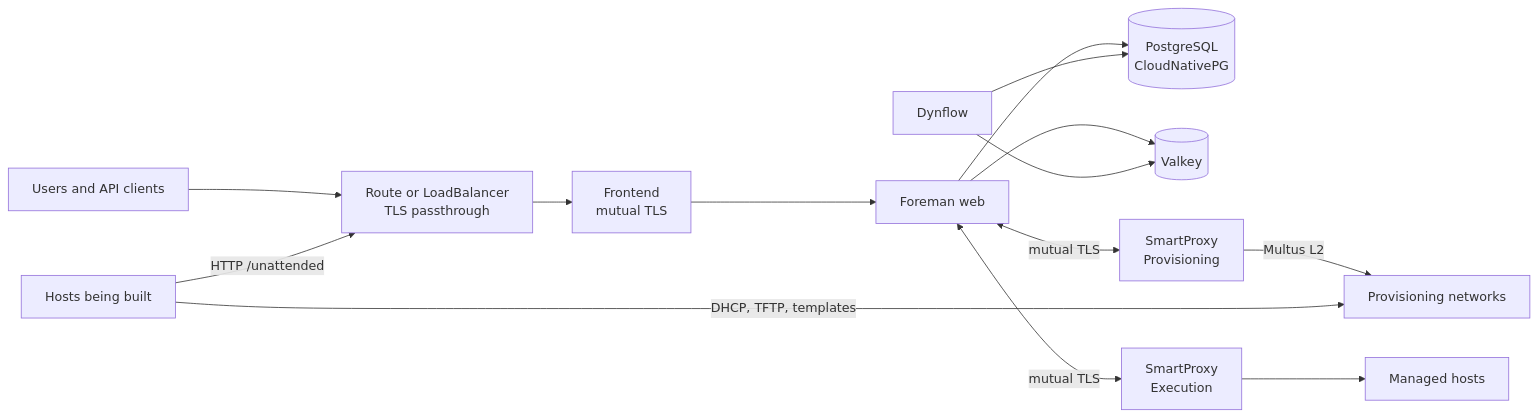
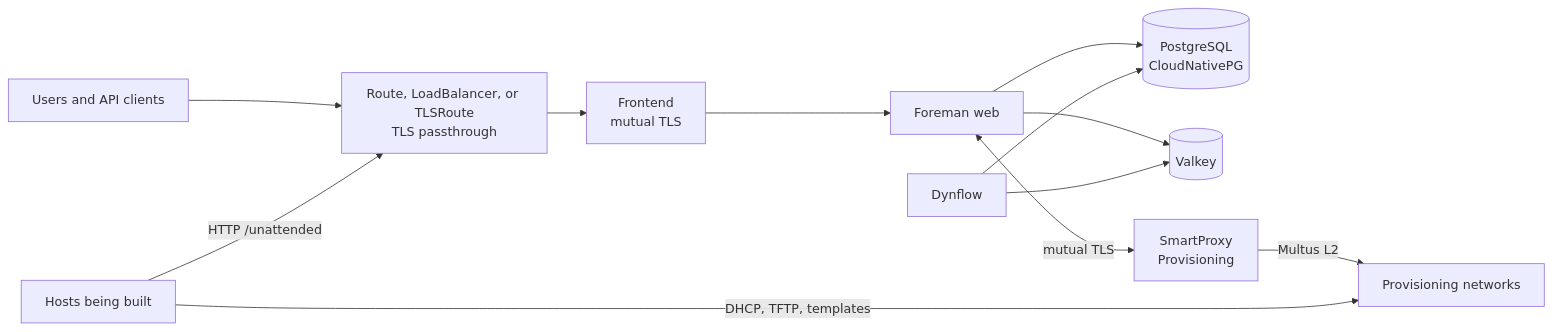
The diagram in README.md (slauger/foreman-operator), drawn with Mermaid before and after one commit. The commit also changed other lines of this file and 89 other files, not shown here.

First line of the commit message:
feat: MVP with operator, controllers, images, and Helm chart (#5)

````diff
--- a/README.md
+++ b/README.md
@@ -42,18 +45,16 @@
 ```mermaid
 flowchart LR
-    Users["Users and API clients"] --> Edge["Route or LoadBalancer<br/>TLS passthrough"]
+    Users["Users and API clients"] --> Edge["Route, LoadBalancer, or TLSRoute<br/>TLS passthrough"]
     Build["Hosts being built"] -->|"HTTP /unattended"| Edge
     Edge --> Frontend["Frontend<br/>mutual TLS"]
     Frontend --> Web["Foreman web"]
 
     Web --> PG[("PostgreSQL<br/>CloudNativePG")]
     Web --> Valkey[("Valkey")]
     Dynflow["Dynflow"] --> PG
     Dynflow --> Valkey
 
     Web <-->|"mutual TLS"| Prov["SmartProxy<br/>Provisioning"]
-    Web <-->|"mutual TLS"| Exec["SmartProxy<br/>Execution"]
     Prov -->|"Multus L2"| Net["Provisioning networks"]
     Build -->|"DHCP, TFTP, templates"| Net
-    Exec --> Hosts["Managed hosts"]
 ```
````
